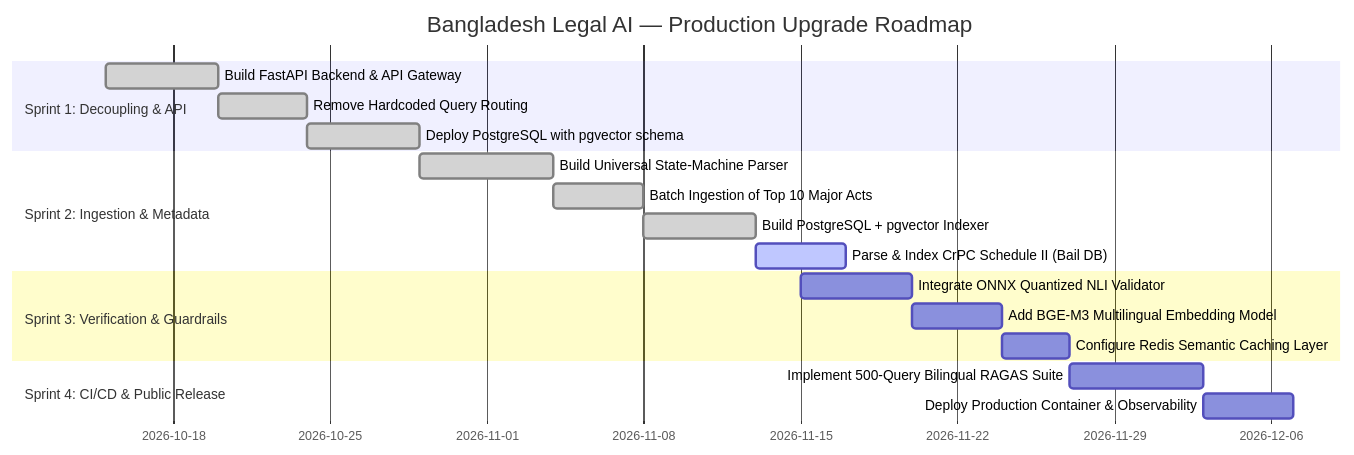
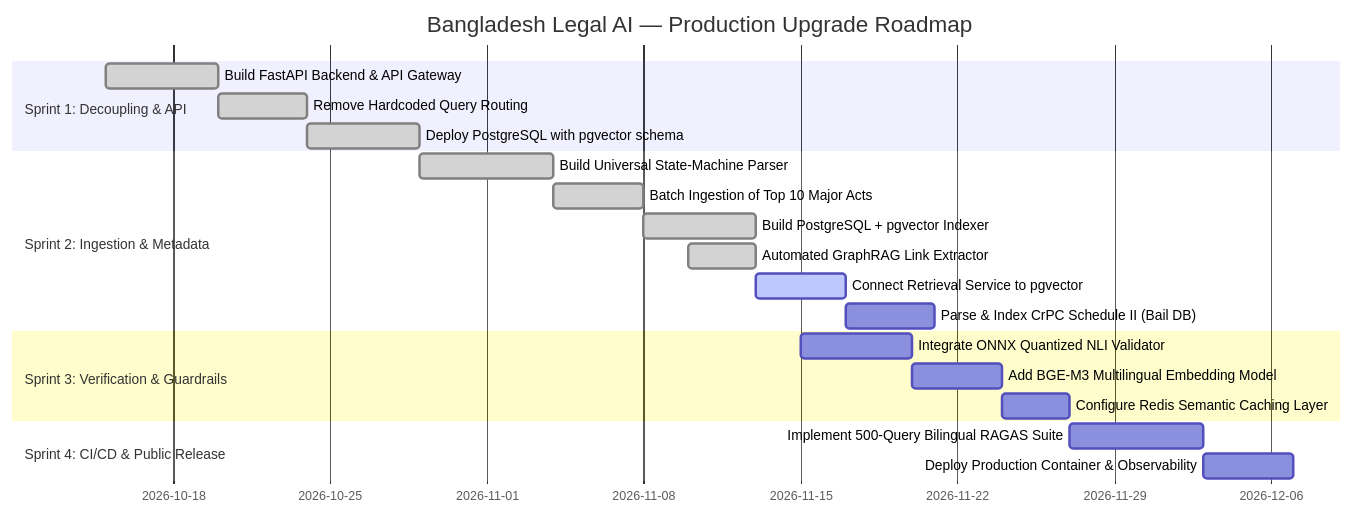
Before and after one commit to bringerofdarkness/bd-legal-ai: the third of 3 diagrams in docs/PRODUCTION_ARCHITECTURE_AND_ROADMAP.md, drawn with Mermaid. The commit also changed other lines of this file, not shown here.

Commit message:
docs(roadmap): update sprint progress with verified pgvector queries and set next retrieval task

````diff
--- a/docs/PRODUCTION_ARCHITECTURE_AND_ROADMAP.md
+++ b/docs/PRODUCTION_ARCHITECTURE_AND_ROADMAP.md
@@ -394,21 +394,23 @@
 ```mermaid
 gantt
     title Bangladesh Legal AI — Production Upgrade Roadmap
     dateFormat  YYYY-MM-DD
     section Sprint 1: Decoupling & API
     Build FastAPI Backend & API Gateway       :done, s1_1, 2026-10-15, 5d
     Remove Hardcoded Query Routing            :done, s1_2, 2026-10-20, 4d
     Deploy PostgreSQL with pgvector schema    :done, s1_3, 2026-10-24, 5d
     section Sprint 2: Ingestion & Metadata
     Build Universal State-Machine Parser      :done, s2_1, 2026-10-29, 6d
     Batch Ingestion of Top 10 Major Acts      :done, s2_2, 2026-11-04, 4d
     Build PostgreSQL + pgvector Indexer       :done, s2_3, 2026-11-08, 5d
-    Parse & Index CrPC Schedule II (Bail DB)  :active, s2_4, 2026-11-13, 4d
+    Automated GraphRAG Link Extractor         :done, s2_4, 2026-11-10, 3d
+    Connect Retrieval Service to pgvector     :active, s2_5, 2026-11-13, 4d
+    Parse & Index CrPC Schedule II (Bail DB)  :s2_6, 2026-11-17, 4d
     section Sprint 3: Verification & Guardrails
     Integrate ONNX Quantized NLI Validator    :s3_1, 2026-11-15, 5d
     Add BGE-M3 Multilingual Embedding Model   :s3_2, 2026-11-20, 4d
     Configure Redis Semantic Caching Layer    :s3_3, 2026-11-24, 3d
     section Sprint 4: CI/CD & Public Release
     Implement 500-Query Bilingual RAGAS Suite :s4_1, 2026-11-27, 6d
     Deploy Production Container & Observability:s4_2, 2026-12-03, 4d
 ```
````
